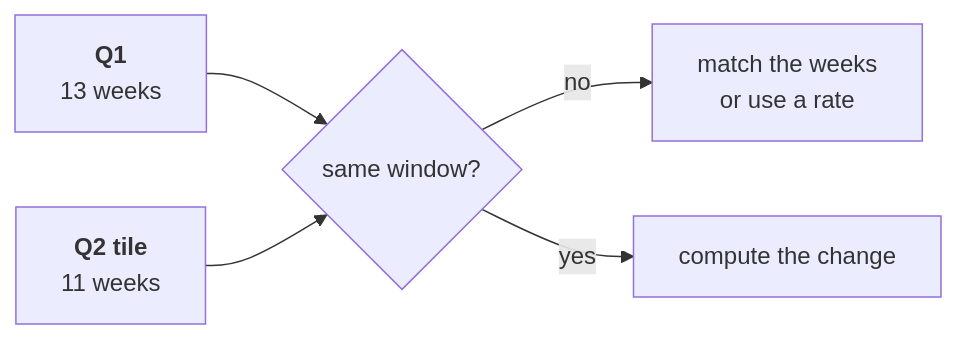
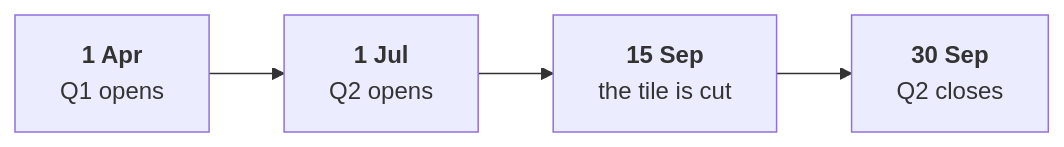
Before and after one commit to fde-academy-lab/c2-content-factory: the diagram in content/W01/D2/exercises/unguided/C2_W01_D02_ch1_is_the_drop_real_STUDENT.md, drawn with Mermaid. The commit also changed other lines of this file and 21 other files, not shown here.

````diff
--- a/content/W01/D2/exercises/unguided/C2_W01_D02_ch1_is_the_drop_real_STUDENT.md
+++ b/content/W01/D2/exercises/unguided/C2_W01_D02_ch1_is_the_drop_real_STUDENT.md
@@ -25,7 +25,6 @@
 ```mermaid
 flowchart LR
-    A["<b>Q1</b><br/>13 weeks"] --> C{"same window?"}
-    B["<b>Q2 tile</b><br/>11 weeks"] --> C
-    C -->|"no"| D["match the weeks<br/>or use a rate"]
-    C -->|"yes"| E["compute the change"]
+    A["<b>1 Apr</b><br/>Q1 opens"] --> B["<b>1 Jul</b><br/>Q2 opens"]
+    B --> C["<b>15 Sep</b><br/>the tile is cut"]
+    C --> D["<b>30 Sep</b><br/>Q2 closes"]
 ```
````
